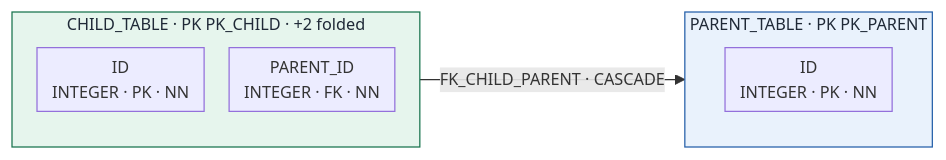
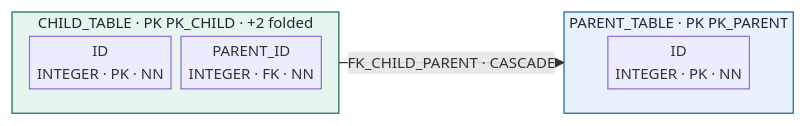
Before and after one commit to todor-ivanov/dbs2go: the first of 3 diagrams in docs/schema/README.svg.md, drawn with Mermaid. The commit also changed other lines of this file and 9 other files, not shown here.

````diff
--- a/docs/schema/README.svg.md
+++ b/docs/schema/README.svg.md
@@ -15,16 +15,16 @@
 ```mermaid
-%%{init: {"flowchart": {"nodeSpacing": 20, "rankSpacing": 32, "curve": "linear", "padding": 6}, "themeVariables": {"fontSize": "13px"}}}%%
+%%{init: {"flowchart": {"nodeSpacing": 8, "rankSpacing": 14, "curve": "linear", "padding": 3}, "themeVariables": {"fontSize": "12px"}}}%%
 flowchart LR
   subgraph CHILD["CHILD_TABLE · PK PK_CHILD · +2 folded"]
     direction TB
     CID["ID<br/>INTEGER · PK · NN"]
     PID["PARENT_ID<br/>INTEGER · FK · NN"]
   end
   subgraph PARENT["PARENT_TABLE · PK PK_PARENT"]
     direction TB
     TID["ID<br/>INTEGER · PK · NN"]
   end
   PID -->|"FK_CHILD_PARENT · CASCADE"| TID
   style CHILD fill:#E6F5ED,stroke:#17734D,color:#1f2937
   style PARENT fill:#E9F2FC,stroke:#245FA9,color:#1f2937
 ```
````
